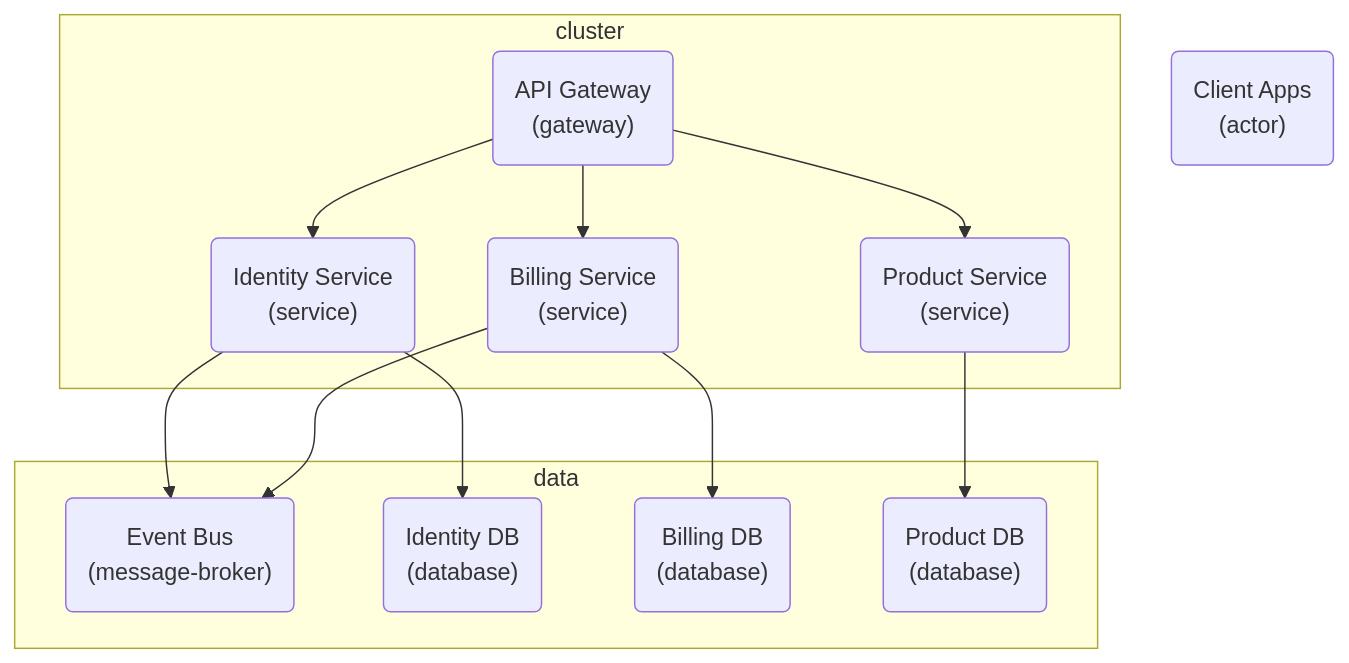
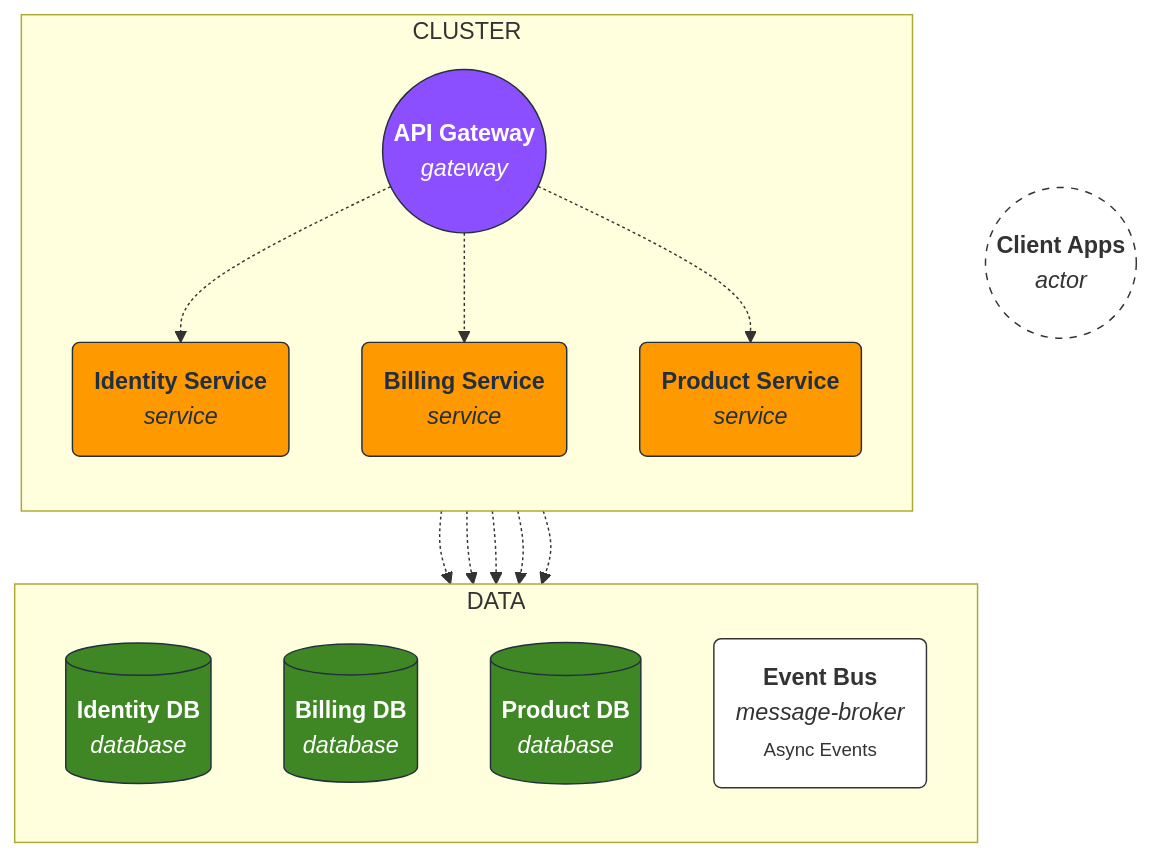
The diagram in blueprints/business-microservices.mmd (casualuser/casualuser.github.io), drawn with Mermaid before and after one commit. The commit also changed 71 other files, not shown here.

```diff
--- a/blueprints/business-microservices.mmd
+++ b/blueprints/business-microservices.mmd
@@ -1,31 +1,49 @@
 %% Autogenerated business-microservices
 graph TD
-  user("Client Apps<br/>(actor)")
-  gateway("API Gateway<br/>(gateway)")
-  svc_a("Identity Service<br/>(service)")
-  svc_b("Billing Service<br/>(service)")
-  svc_c("Product Service<br/>(service)")
-  bus("Event Bus<br/>(message-broker)")
-  db_a("Identity DB<br/>(database)")
-  db_b("Billing DB<br/>(database)")
-  db_c("Product DB<br/>(database)")
-  gateway --> svc_a
-  gateway --> svc_b
-  gateway --> svc_c
-  svc_a --> db_a
-  svc_a --> bus
-  svc_b --> db_b
-  svc_b --> bus
-  svc_c --> db_c
-  subgraph cluster
-    gateway
-    svc_a
-    svc_b
-    svc_c
+  classDef default fill:#fff,stroke:#333,stroke-width:1px;
+  classDef actor fill:#fff,stroke:#333,stroke-width:1px,stroke-dasharray: 5 5;
+  classDef compute fill:#ff9900,stroke:#232f3e,stroke-width:1px,color:#232f3e;
+  classDef database fill:#3f8624,stroke:#232f3e,stroke-width:1px,color:#fff;
+  classDef network fill:#8c4fff,stroke:#232f3e,stroke-width:1px,color:#fff;
+  classDef storage fill:#e05243,stroke:#232f3e,stroke-width:1px,color:#fff;
+  classDef security fill:#d93025,stroke:#232f3e,stroke-width:1px,color:#fff;
+  classDef gateway fill:#8c4fff,stroke:#232f3e,stroke-width:1px,color:#fff;
+  classDef container fill:#d9a741,stroke:#232f3e,stroke-width:1px,color:#fff;
+
+  subgraph cluster ["CLUSTER"]
+    direction TB
+    gateway(("<b>API Gateway</b><br/><i>gateway</i>"))
+    class gateway network
+    svc_a("<b>Identity Service</b><br/><i>service</i>")
+    class svc_a compute
+    svc_b("<b>Billing Service</b><br/><i>service</i>")
+    class svc_b compute
+    svc_c("<b>Product Service</b><br/><i>service</i>")
+    class svc_c compute
   end
-  subgraph data
-    db_a
-    db_b
-    db_c
-    bus
+
+  subgraph data ["DATA"]
+    direction TB
+    db_a[("<b>Identity DB</b><br/><i>database</i>")]
+    class db_a database
+    db_b[("<b>Billing DB</b><br/><i>database</i>")]
+    class db_b database
+    db_c[("<b>Product DB</b><br/><i>database</i>")]
+    class db_c database
+    bus("<b>Event Bus</b><br/><i>message-broker</i><br/><span style='font-size:0.8em'>Async Events</span>")
+    class bus default
   end
+
+  %% Orphans
+  user(("<b>Client Apps</b><br/><i>actor</i>"))
+  class user actor
+
+  %% Edges
+  gateway -.-> svc_a
+  gateway -.-> svc_b
+  gateway -.-> svc_c
+  svc_a -.-> db_a
+  svc_a -.-> bus
+  svc_b -.-> db_b
+  svc_b -.-> bus
+  svc_c -.-> db_c
```
